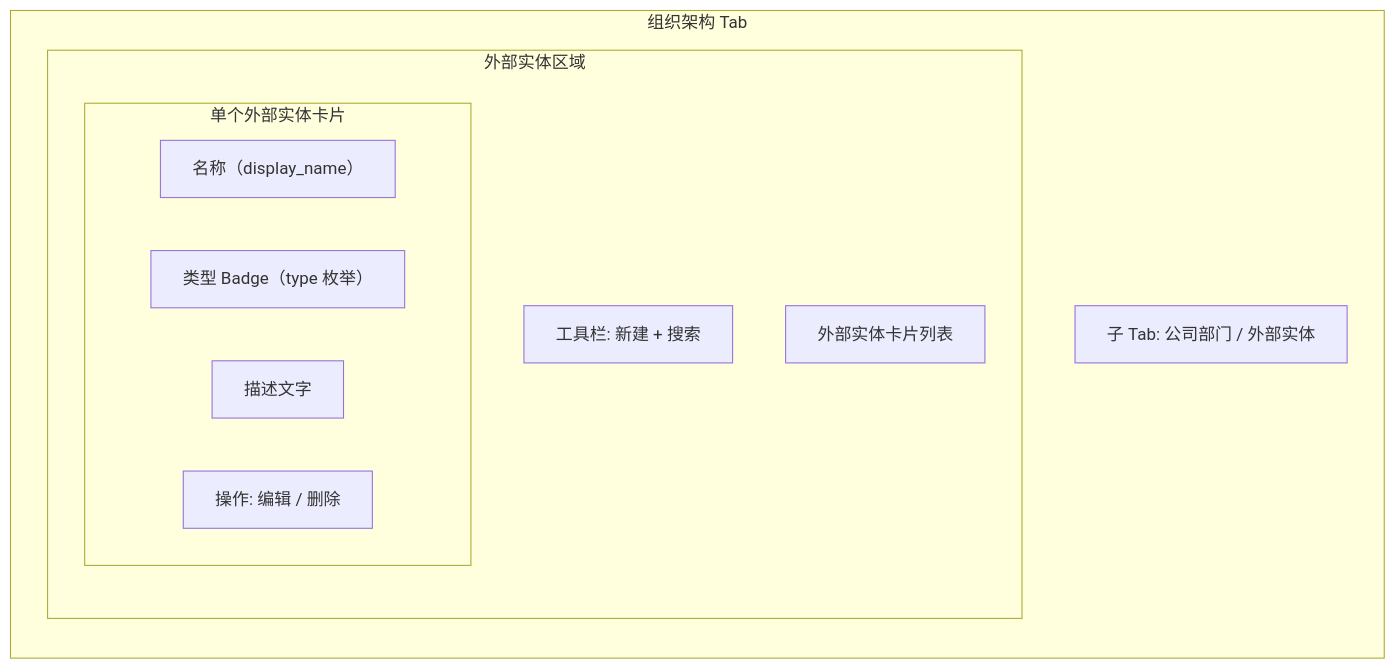
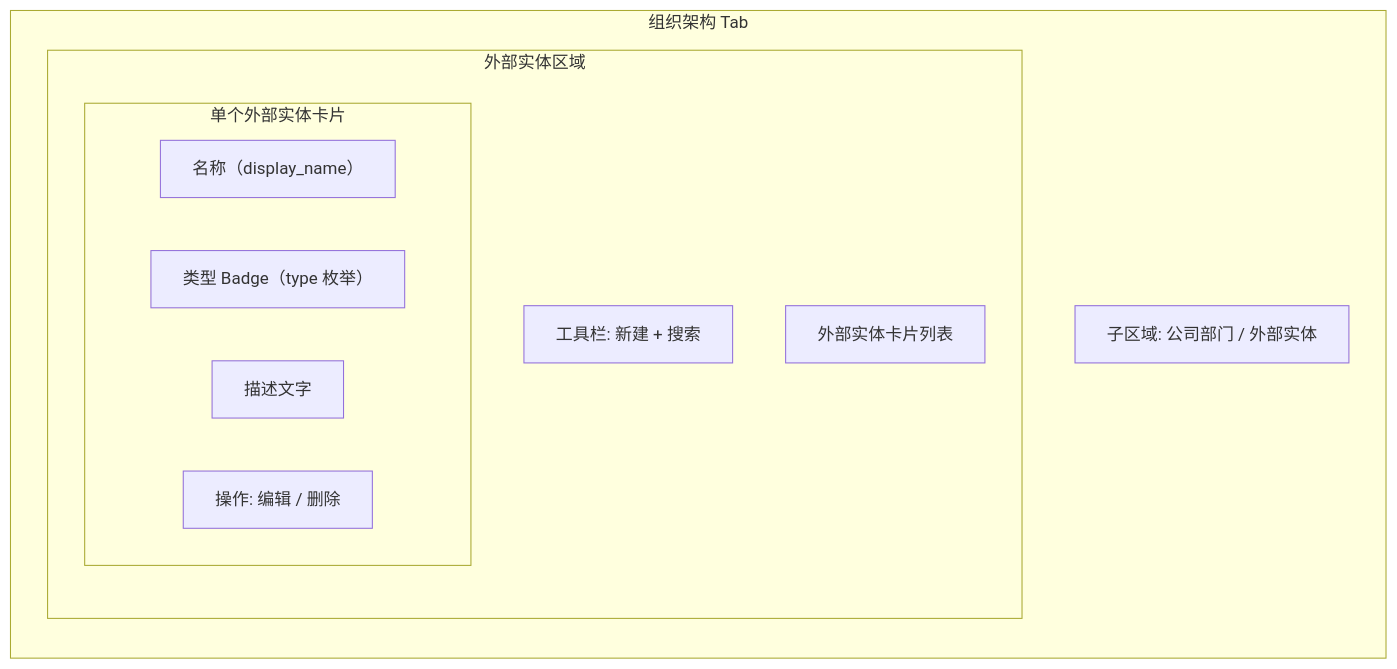
One commit to kai-cui1/ai-prototype-manager changed the fifth of 6 diagrams in docs/03-prd/modules/project-management/project-management-prd-2.md. Above: the diagram before and after it, drawn with Mermaid. The commit also changed other lines of this file and 3 other files, not shown here.

````diff
--- a/docs/03-prd/modules/project-management/project-management-prd-2.md
+++ b/docs/03-prd/modules/project-management/project-management-prd-2.md
@@ -846,18 +936,18 @@
 ```mermaid
 graph TD
     subgraph OrgTab["组织架构 Tab"]
         direction TB
-        SubTabs["子 Tab: 公司部门 / 外部实体"]
+        SubTabs["子区域: 公司部门 / 外部实体"]
         subgraph EEArea["外部实体区域"]
             direction TB
             EEToolbar["工具栏: 新建 + 搜索"]
             EEList["外部实体卡片列表"]
             subgraph EECard["单个外部实体卡片"]
                 EEName["名称（display_name）"]
                 EETYPE["类型 Badge（type 枚举）"]
                 EEDesc["描述文字"]
                 EEActions["操作: 编辑 / 删除"]
             end
         end
     end
 ```
````
